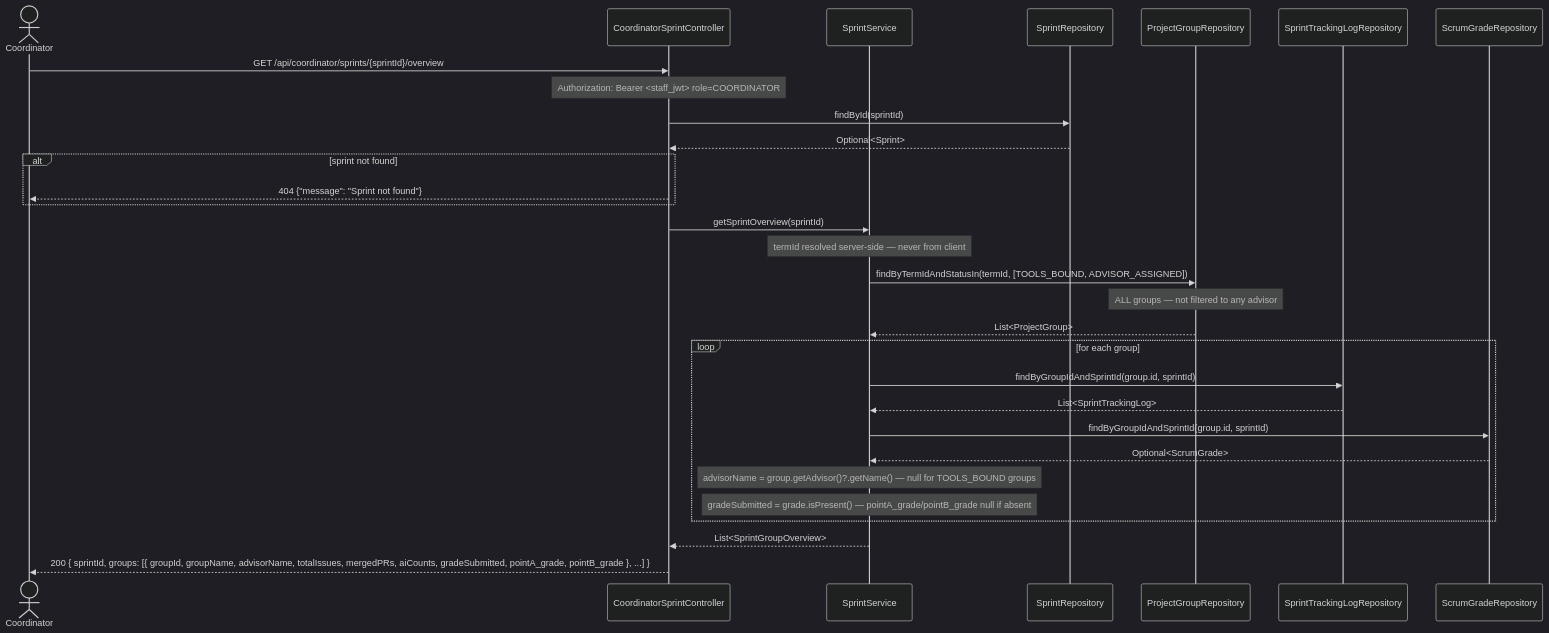
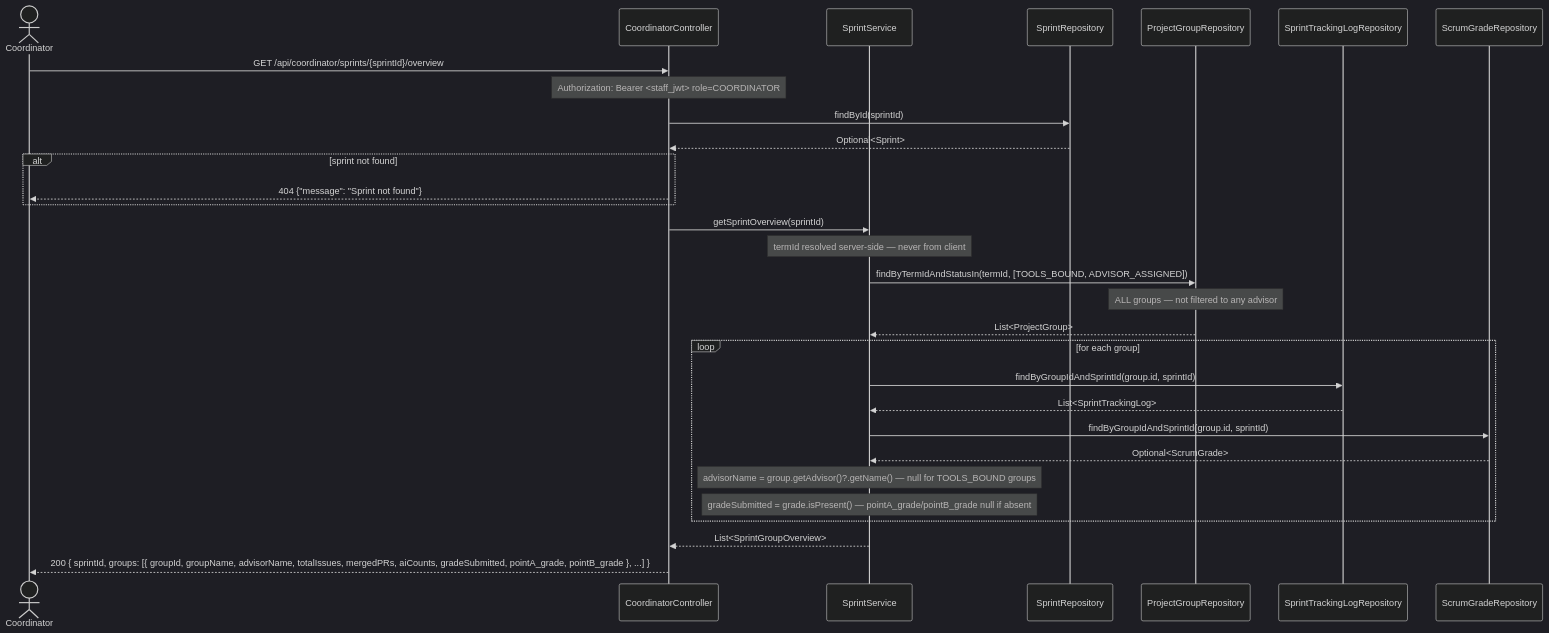
Before and after one commit to SE3318-Spring-2025-2026/senior-app-6: the second of 2 diagrams in docs/process5/sequences/5.7_coordinator_sprint_control.md, drawn with Mermaid (dark theme). The commit also changed other lines of this file and 27 other files, not shown here.

````diff
--- a/docs/process5/sequences/5.7_coordinator_sprint_control.md
+++ b/docs/process5/sequences/5.7_coordinator_sprint_control.md
@@ -52,41 +52,41 @@
 ```mermaid
 sequenceDiagram
     actor Coordinator
-    participant CoordinatorSprintController
+    participant CoordinatorController
     participant SprintService
     participant SprintRepository
     participant ProjectGroupRepository
     participant SprintTrackingLogRepository
     participant ScrumGradeRepository
 
-    Coordinator->>CoordinatorSprintController: GET /api/coordinator/sprints/{sprintId}/overview
-    Note over CoordinatorSprintController: Authorization: Bearer <staff_jwt> role=COORDINATOR
+    Coordinator->>CoordinatorController: GET /api/coordinator/sprints/{sprintId}/overview
+    Note over CoordinatorController: Authorization: Bearer <staff_jwt> role=COORDINATOR
 
-    CoordinatorSprintController->>SprintRepository: findById(sprintId)
-    SprintRepository-->>CoordinatorSprintController: Optional<Sprint>
+    CoordinatorController->>SprintRepository: findById(sprintId)
+    SprintRepository-->>CoordinatorController: Optional<Sprint>
 
     alt sprint not found
-        CoordinatorSprintController-->>Coordinator: 404 {"message": "Sprint not found"}
+        CoordinatorController-->>Coordinator: 404 {"message": "Sprint not found"}
     end
 
-    CoordinatorSprintController->>SprintService: getSprintOverview(sprintId)
+    CoordinatorController->>SprintService: getSprintOverview(sprintId)
 
     Note over SprintService: termId resolved server-side — never from client
     SprintService->>ProjectGroupRepository: findByTermIdAndStatusIn(termId, [TOOLS_BOUND, ADVISOR_ASSIGNED])
     Note over ProjectGroupRepository: ALL groups — not filtered to any advisor
     ProjectGroupRepository-->>SprintService: List<ProjectGroup>
 
     loop for each group
         SprintService->>SprintTrackingLogRepository: findByGroupIdAndSprintId(group.id, sprintId)
         SprintTrackingLogRepository-->>SprintService: List<SprintTrackingLog>
 
         SprintService->>ScrumGradeRepository: findByGroupIdAndSprintId(group.id, sprintId)
         ScrumGradeRepository-->>SprintService: Optional<ScrumGrade>
 
         Note over SprintService: advisorName = group.getAdvisor()?.getName() — null for TOOLS_BOUND groups
         Note over SprintService: gradeSubmitted = grade.isPresent() — pointA_grade/pointB_grade null if absent
     end
 
-    SprintService-->>CoordinatorSprintController: List<SprintGroupOverview>
-    CoordinatorSprintController-->>Coordinator: 200 { sprintId, groups: [{ groupId, groupName, advisorName, totalIssues, mergedPRs, aiCounts, gradeSubmitted, pointA_grade, pointB_grade }, ...] }
+    SprintService-->>CoordinatorController: List<SprintGroupOverview>
+    CoordinatorController-->>Coordinator: 200 { sprintId, groups: [{ groupId, groupName, advisorName, totalIssues, mergedPRs, aiCounts, gradeSubmitted, pointA_grade, pointB_grade }, ...] }
 ```
````
